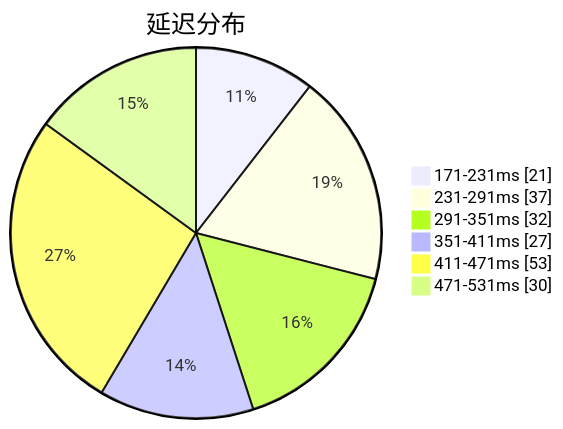
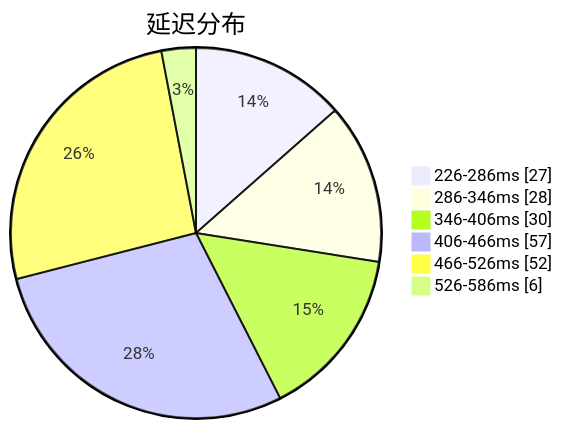
One commit to qjlxg/airport changed the first of 3 diagrams in subs/statistics/tested_within.md. Above: the diagram before and after it, drawn with Mermaid. The commit also changed other lines of this file and 2 other files, not shown here.

````diff
--- a/subs/statistics/tested_within.md
+++ b/subs/statistics/tested_within.md
@@ -2,10 +2,10 @@
 ```mermaid
 pie showData
 title 延迟分布
-"171-231ms" : 21
-"231-291ms" : 37
-"291-351ms" : 32
-"351-411ms" : 27
-"411-471ms" : 53
-"471-531ms" : 30
+"226-286ms" : 27
+"286-346ms" : 28
+"346-406ms" : 30
+"406-466ms" : 57
+"466-526ms" : 52
+"526-586ms" : 6
 ```
````
